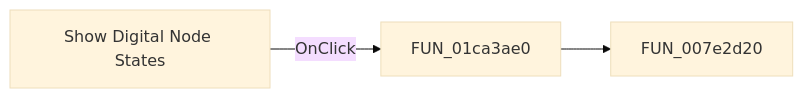
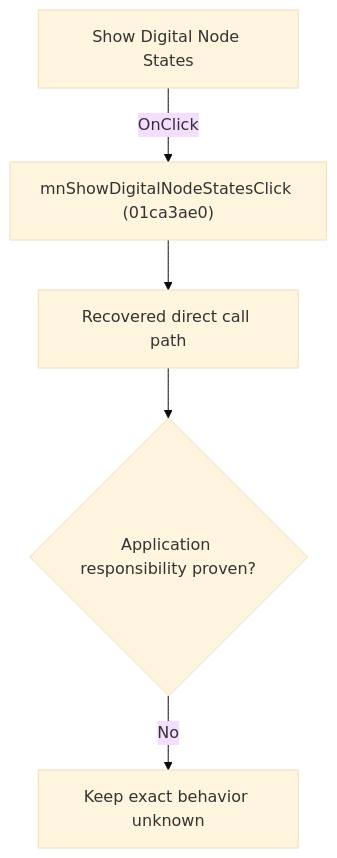
The diagram in docs/ui-controls/schematiceditor/mnshowdigitalnodestates-4abbd8e40b.md (MovGP0/TIARA), drawn with Mermaid (base theme) before and after one commit. The commit also changed other lines of this file and 1062 other files, not shown here.

````diff
--- a/docs/ui-controls/schematiceditor/mnshowdigitalnodestates-4abbd8e40b.md
+++ b/docs/ui-controls/schematiceditor/mnshowdigitalnodestates-4abbd8e40b.md
@@ -27,5 +27,7 @@
 ```mermaid
-flowchart LR
-    control["Show Digital Node States"] -->|OnClick| handler["FUN_01ca3ae0"]
-    handler --> call1["FUN_007e2d20"]
+flowchart TD
+    control["Show Digital Node States"] -->|"OnClick"| handler["mnShowDigitalNodeStatesClick (01ca3ae0)"]
+    handler --> recovered["Recovered direct call path"]
+    recovered --> gap{"Application responsibility proven?"}
+    gap -->|"No"| blocked["Keep exact behavior unknown"]
 ```
````
